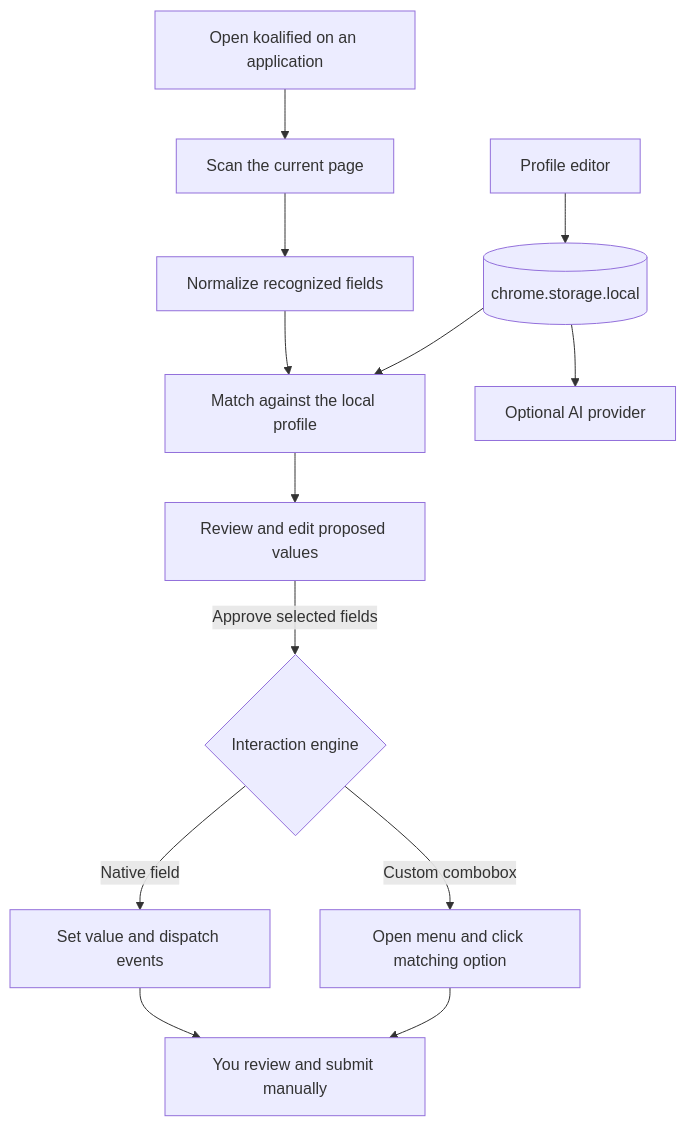
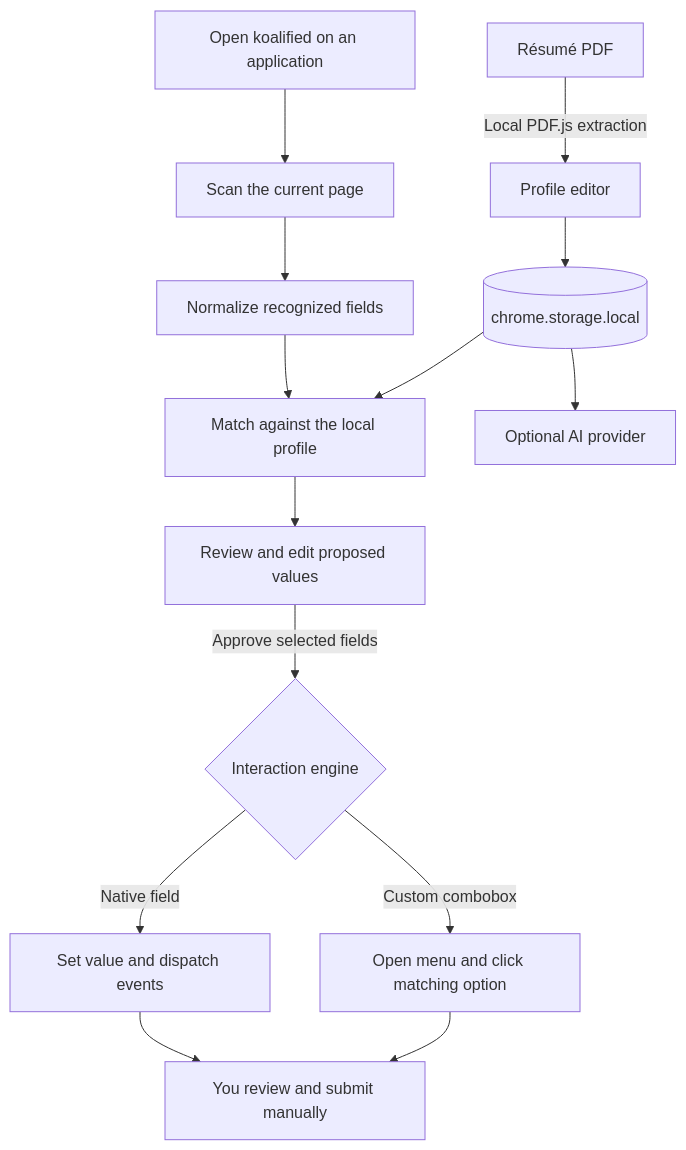
Before and after one commit to ansonnchan/job-application-autofiller: the diagram in README.md, drawn with Mermaid. The commit also changed other lines of this file and 3 other files, not shown here.

Commit message:
Add reviewed resume import flow

````diff
--- a/README.md
+++ b/README.md
@@ -34,16 +35,17 @@
 ```mermaid
 flowchart TD
     U[Open koalified on an application] --> C[Scan the current page]
     C --> N[Normalize recognized fields]
     N --> M[Match against the local profile]
     M --> R[Review and edit proposed values]
     R -->|Approve selected fields| I{Interaction engine}
     I -->|Native field| V[Set value and dispatch events]
     I -->|Custom combobox| K[Open menu and click matching option]
     V --> X[You review and submit manually]
     K --> X
 
     P[Profile editor] --> L[(chrome.storage.local)]
+    PDF[Résumé PDF] -->|Local PDF.js extraction| P
     L --> M
     L --> A[Optional AI provider]
 ```
````
